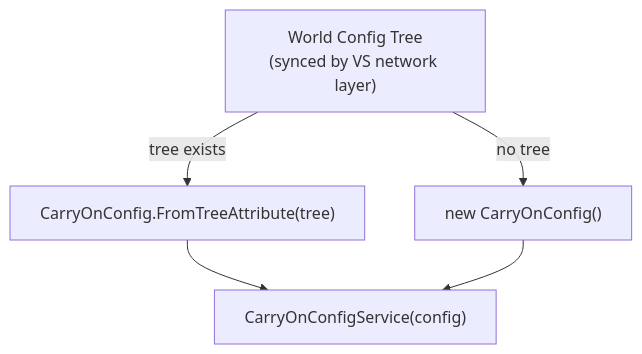
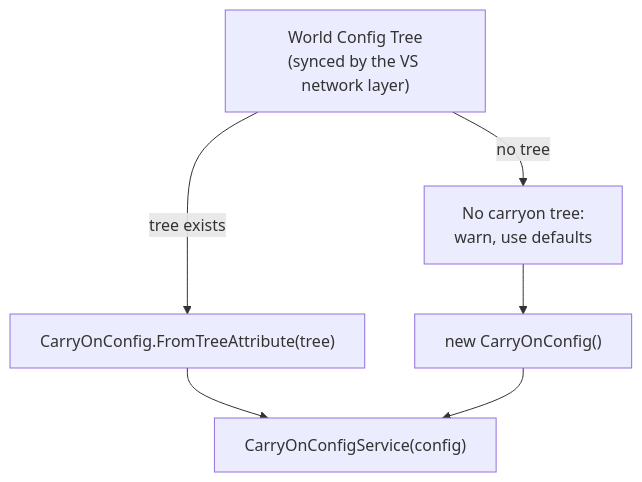
The second of 7 diagrams in docs/technical-overview/config-initialization-and-flow.md (NerdScurvy/CarryOn), drawn with Mermaid before and after one commit. The commit also changed other lines of this file and 392 other files, not shown here.

````diff
--- a/docs/technical-overview/config-initialization-and-flow.md
+++ b/docs/technical-overview/config-initialization-and-flow.md
@@ -94,12 +187,14 @@
 ```mermaid
 flowchart TD
-    worldTree["World Config Tree<br>(synced by VS network layer)"]
+    worldTree["World Config Tree<br>(synced by the VS network layer)"]
     fromTree["CarryOnConfig.FromTreeAttribute(tree)"]
     defaults["new CarryOnConfig()"]
     configService["CarryOnConfigService(config)"]
+    warn["No carryon tree:<br>warn, use defaults"]
 
     worldTree -->|tree exists| fromTree
-    worldTree -->|no tree| defaults
+    worldTree -->|no tree| warn
+    warn --> defaults
     fromTree --> configService
     defaults --> configService
 ```
````
